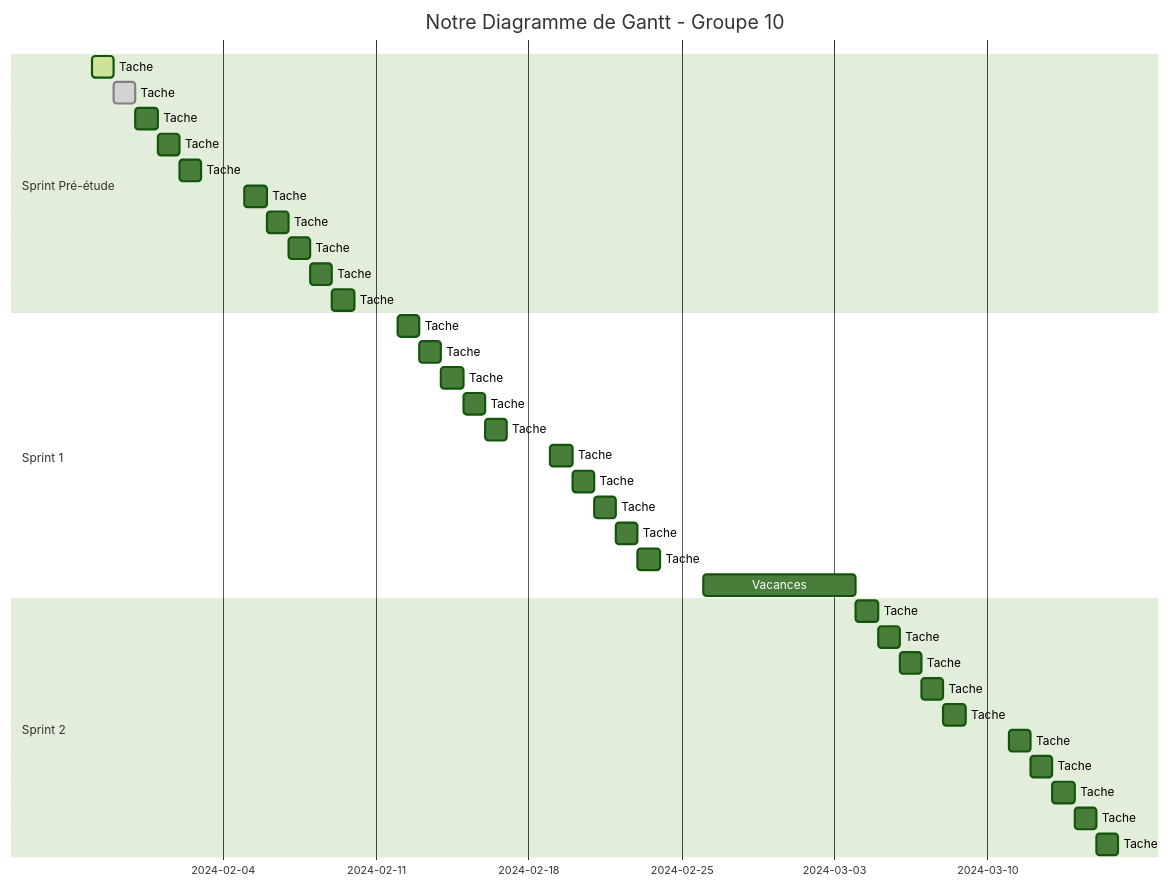
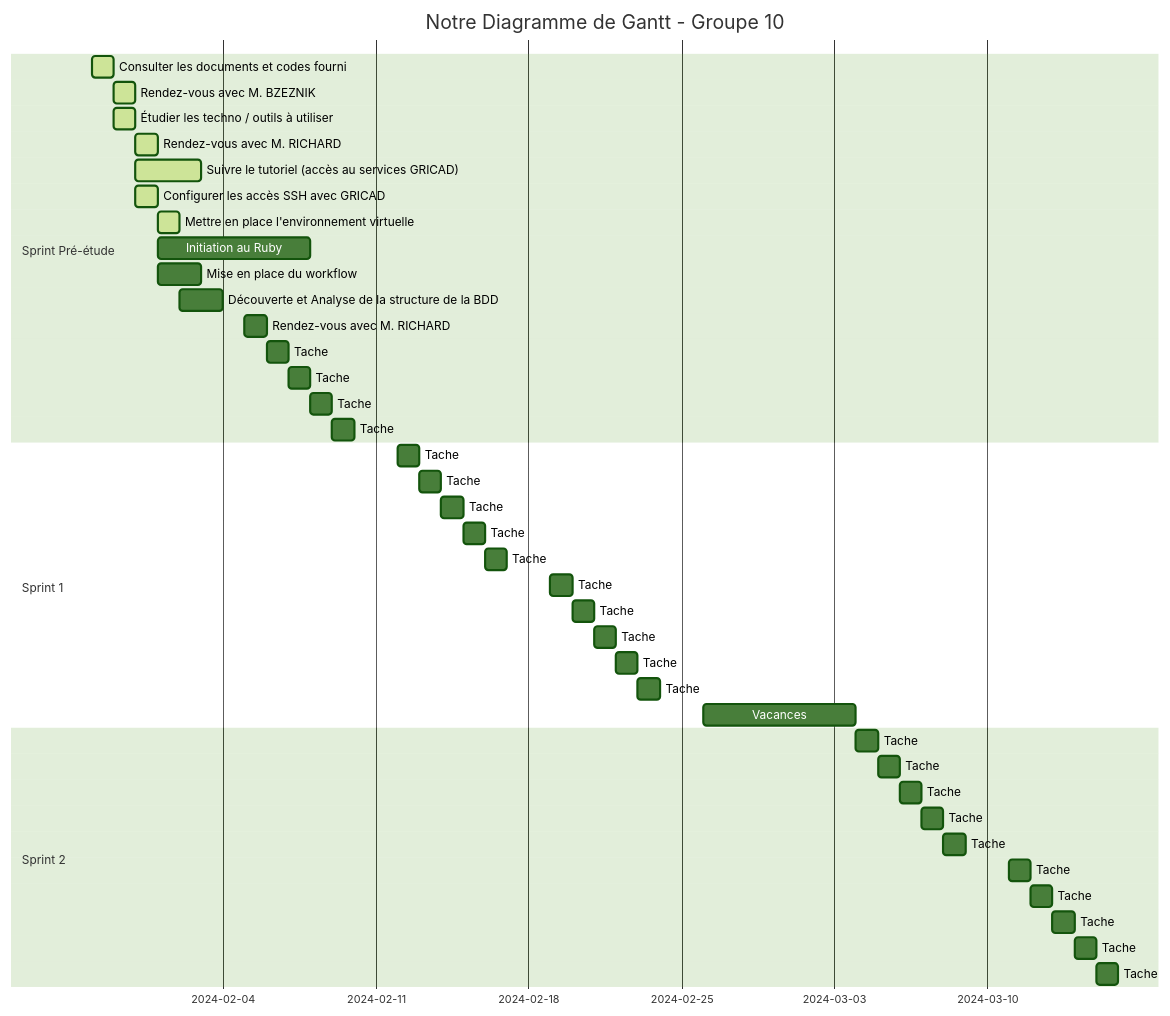
The diagram in gantt_diagram.md (2023-2024-PROJET-S10-G10/docs), drawn with Mermaid (forest theme) before and after one commit. The commit also changed 3 other files, not shown here.

Commit message:
updated logbook, daily_meeting, ganntt_diagram, and orga.md

````diff
--- a/gantt_diagram.md
+++ b/gantt_diagram.md
@@ -1,39 +1,44 @@
 ```mermaid
 gantt
     title Notre Diagramme de Gantt - Groupe 10
     dateFormat YYYY-MM-DD
     section Sprint Pré-étude
-        Tache                        :active, 2024-01-29, 1d
-        Tache                        :done, 2024-01-30, 1d
-        Tache                        : 2024-01-31, 1d
-        Tache                        : 2024-02-01, 1d
-        Tache                        : 2024-02-02, 1d
-        Tache                        : 2024-02-05, 1d
+        Consulter les documents et codes fourni                         :active, 2024-01-29, 1d
+        Rendez-vous avec M. BZEZNIK                                     :active, 2024-01-30, 1d
+        Étudier les techno / outils à utiliser                          :active, 2024-01-30, 1d
+        Rendez-vous avec M. RICHARD                                     :active, 2024-01-31, 1d
+        Suivre le tutoriel (accès au services GRICAD)                   :active, 2024-01-31, 3d
+        Configurer les accès SSH avec GRICAD                            :active, 2024-01-31, 1d
+        Mettre en place l'environnement virtuelle                       :active, 2024-02-01, 1d
+        Initiation au Ruby                                              : 2024-02-01, 7d
+        Mise en place du workflow                                       : 2024-02-01, 2d
+        Découverte et Analyse de la structure de la BDD                 : 2024-02-02, 2d
+        Rendez-vous avec M. RICHARD                        : 2024-02-05, 1d
         Tache                        : 2024-02-06, 1d
         Tache                        : 2024-02-07, 1d
         Tache                        : 2024-02-08, 1d
         Tache                        : 2024-02-09, 1d
     section  Sprint 1
         Tache                        : 2024-02-12, 1d
         Tache                        : 2024-02-13, 1d
         Tache                        : 2024-02-14, 1d
         Tache                        : 2024-02-15, 1d
         Tache                        : 2024-02-16, 1d
         Tache                        : 2024-02-19, 1d
         Tache                        : 2024-02-20, 1d
         Tache                        : 2024-02-21, 1d
         Tache                        : 2024-02-22, 1d
         Tache                        : 2024-02-23, 1d
         Vacances                        : 2024-02-26, 7d
     section  Sprint 2
         Tache                        : 2024-03-04, 1d
         Tache                        : 2024-03-05, 1d
         Tache                        : 2024-03-06, 1d
         Tache                        : 2024-03-07, 1d
         Tache                        : 2024-03-08, 1d
         Tache                        : 2024-03-11, 1d
         Tache                        : 2024-03-12, 1d
         Tache                        : 2024-03-13, 1d
         Tache                        : 2024-03-14, 1d
         Tache                        : 2024-03-15, 1d
 ```
````
